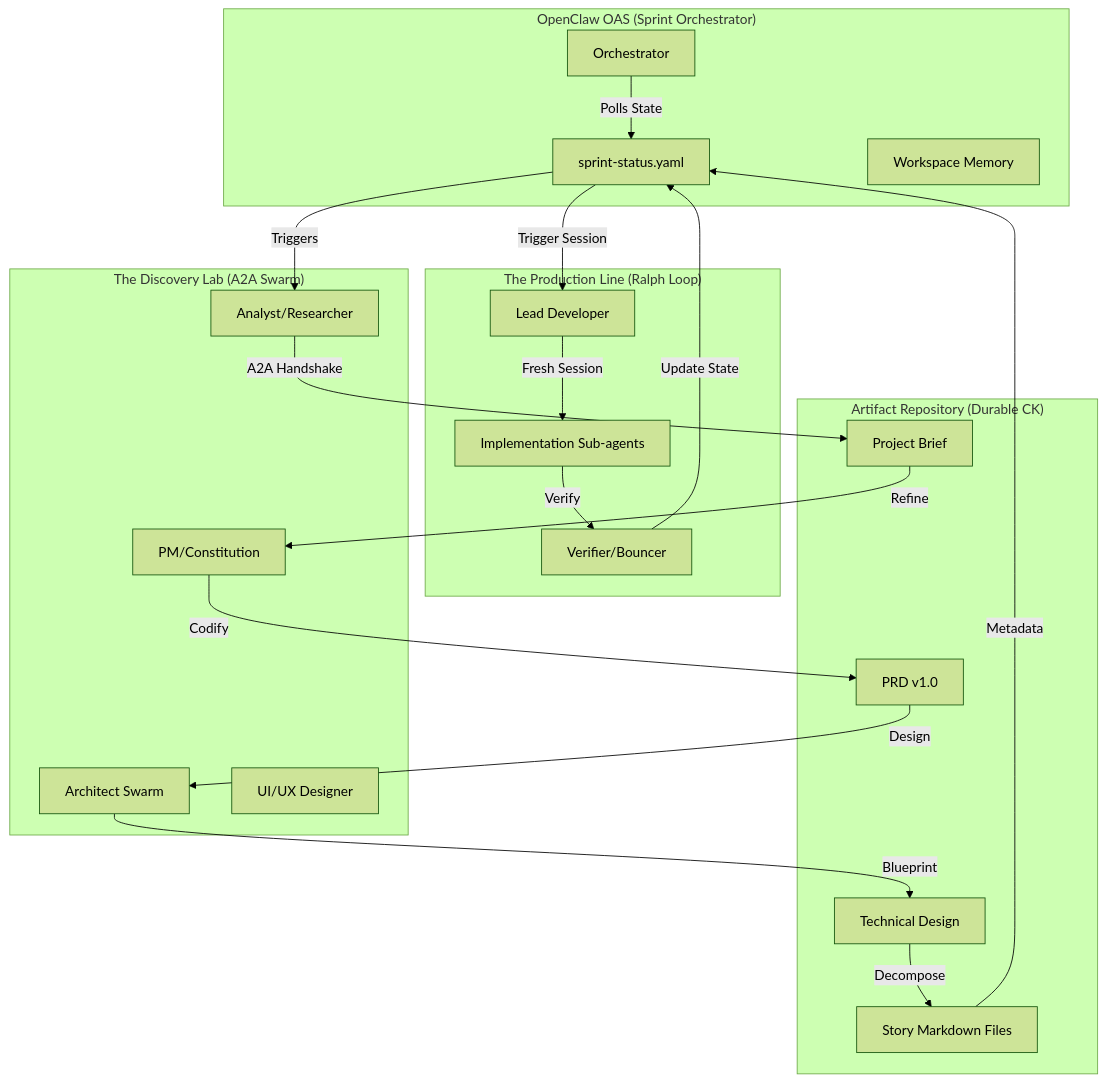
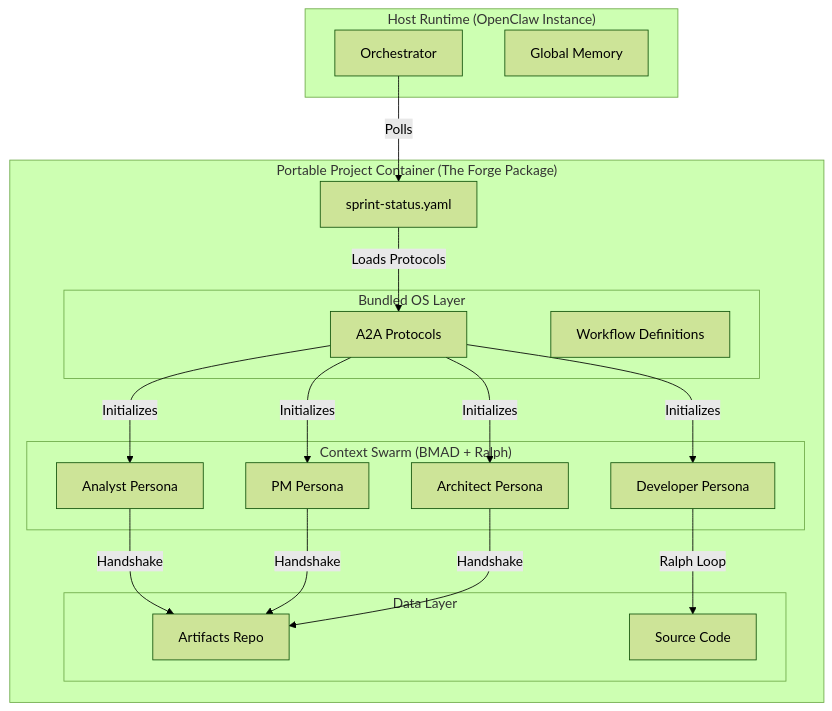
The first of 4 diagrams in factory-os/PRD_Agentic_Forge_v2.md (vamshigunji/ANT-Coding), drawn with Mermaid (forest theme) before and after one commit. The commit also changed other lines of this file, not shown here.

Commit message:
Pivot to Portable Factory OS (Bundled Per Project)

````diff
--- a/factory-os/PRD_Agentic_Forge_v2.md
+++ b/factory-os/PRD_Agentic_Forge_v2.md
@@ -29,42 +43,40 @@
 ```mermaid
 graph TD
-    subgraph "OpenClaw OAS (Sprint Orchestrator)"
+    subgraph "Host Runtime (OpenClaw Instance)"
         MC[Orchestrator]
-        State[sprint-status.yaml]
-        Memory[Workspace Memory]
+        Memory[Global Memory]
     end
 
-    subgraph "The Discovery Lab (A2A Swarm)"
-        Analyst[Analyst/Researcher]
-        PM[PM/Constitution]
-        Arch[Architect Swarm]
-        UI[UI/UX Designer]
+    subgraph "Portable Project Container (The Forge Package)"
+        State[sprint-status.yaml]
+        
+        subgraph "Bundled OS Layer"
+            Protocols[A2A Protocols]
+            Workflows[Workflow Definitions]
+        end
+
+        subgraph "Context Swarm (BMAD + Ralph)"
+            Analyst[Analyst Persona]
+            PM[PM Persona]
+            Arch[Architect Persona]
+            Dev[Developer Persona]
+        end
+
+        subgraph "Data Layer"
+            Artifacts[Artifacts Repo]
+            Code[Source Code]
+        end
     end
 
-    subgraph "The Production Line (Ralph Loop)"
-        Dev[Lead Developer]
-        Sub[Implementation Sub-agents]
-        Verify[Verifier/Bouncer]
-    end
-
-    subgraph "Artifact Repository (Durable CK)"
-        Brief[Project Brief]
-        PRD[PRD v1.0]
-        TDD[Technical Design]
-        Stories[Story Markdown Files]
-    end
-
-    MC -->|Polls State| State
-    State -->|Triggers| Analyst
-    Analyst -->|A2A Handshake| Brief
-    Brief -->|Refine| PM
-    PM -->|Codify| PRD
-    PRD -->|Design| Arch
-    Arch -->|Blueprint| TDD
-    TDD -->|Decompose| Stories
-    Stories -->|Metadata| State
-    State -->|Trigger Session| Dev
-    Dev -->|Fresh Session| Sub
-    Sub -->|Verify| Verify
-    Verify -->|Update State| State
+    MC -->|Polls| State
+    State -->|Loads Protocols| Protocols
+    Protocols -->|Initializes| Analyst
+    Protocols -->|Initializes| PM
+    Protocols -->|Initializes| Arch
+    Protocols -->|Initializes| Dev
+    
+    Analyst -->|Handshake| Artifacts
+    PM -->|Handshake| Artifacts
+    Arch -->|Handshake| Artifacts
+    Dev -->|Ralph Loop| Code
 ```
````
